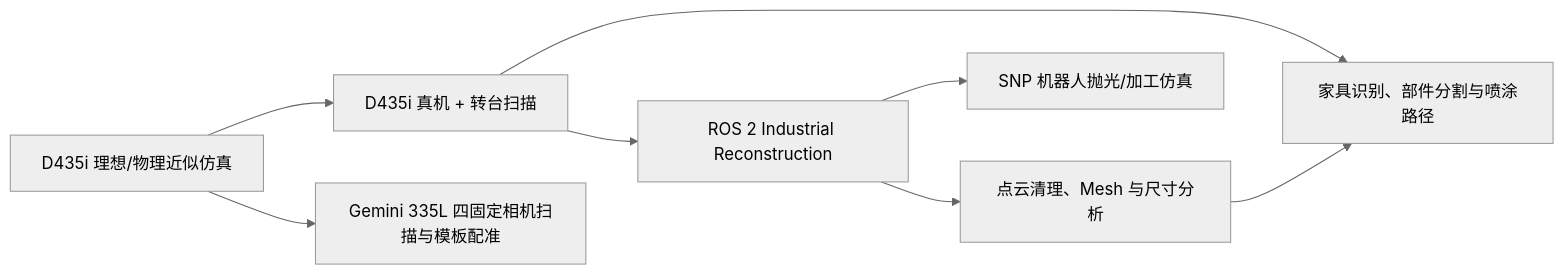
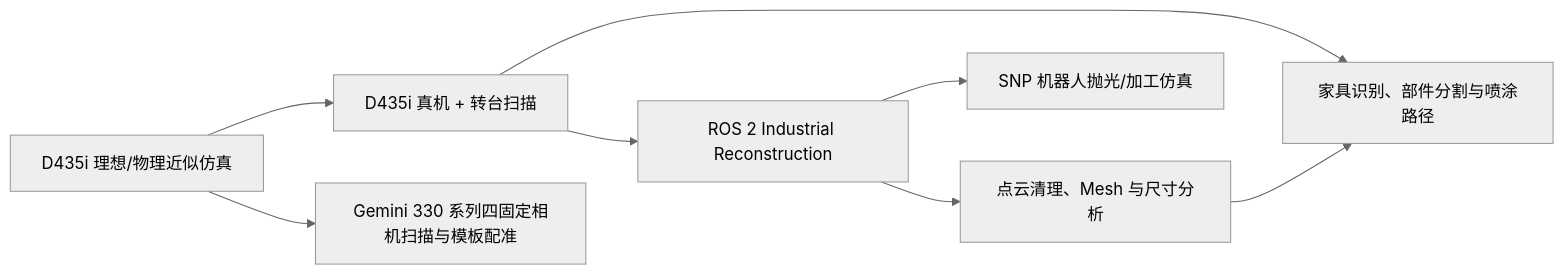
One commit to zqdbb/arm changed the diagram in README.md. Above: the diagram before and after it, drawn with Mermaid (neutral theme). The commit also changed other lines of this file and 6 other files, not shown here.

````diff
--- a/README.md
+++ b/README.md
@@ -35,10 +36,10 @@
 ```mermaid
 flowchart LR
     A[D435i 理想/物理近似仿真] --> B[D435i 真机 + 转台扫描]
     B --> C[ROS 2 Industrial Reconstruction]
     C --> D[点云清理、Mesh 与尺寸分析]
-    A --> E[Gemini 335L 四固定相机扫描与模板配准]
+    A --> E[Gemini 330 系列四固定相机扫描与模板配准]
     B --> F[家具识别、部件分割与喷涂路径]
     D --> F
     C --> G[SNP 机器人抛光/加工仿真]
 ```
````
